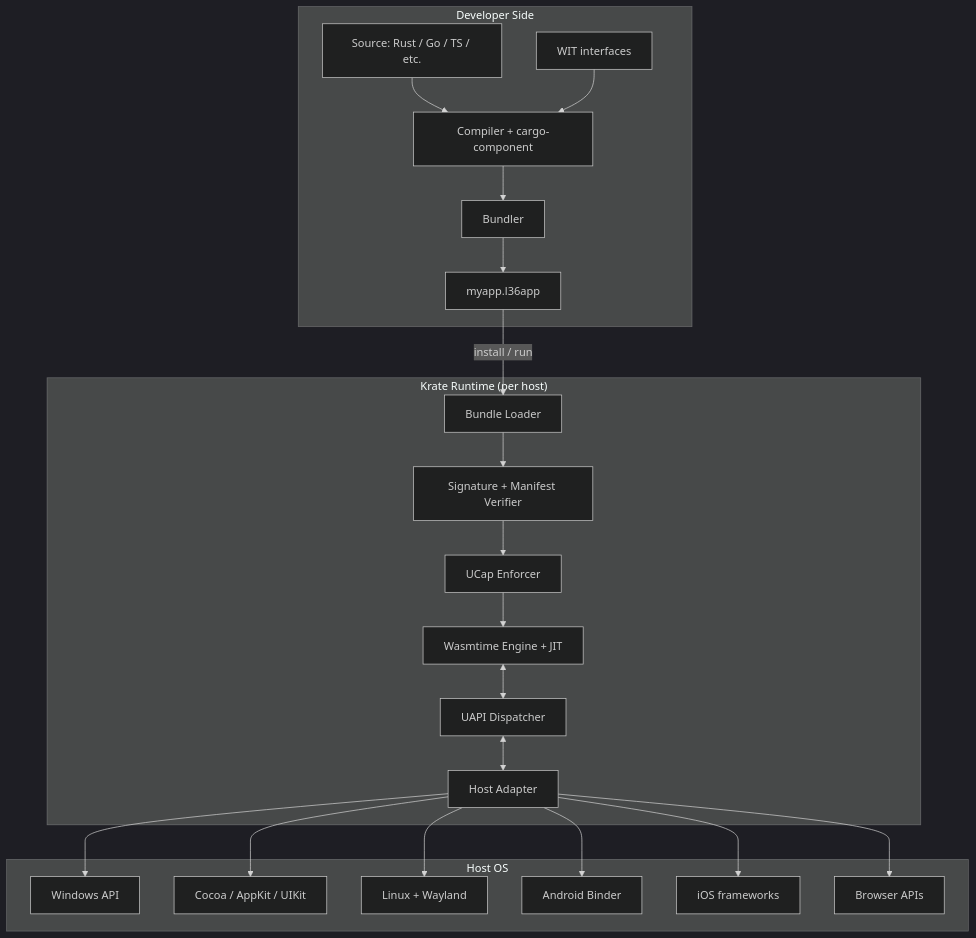
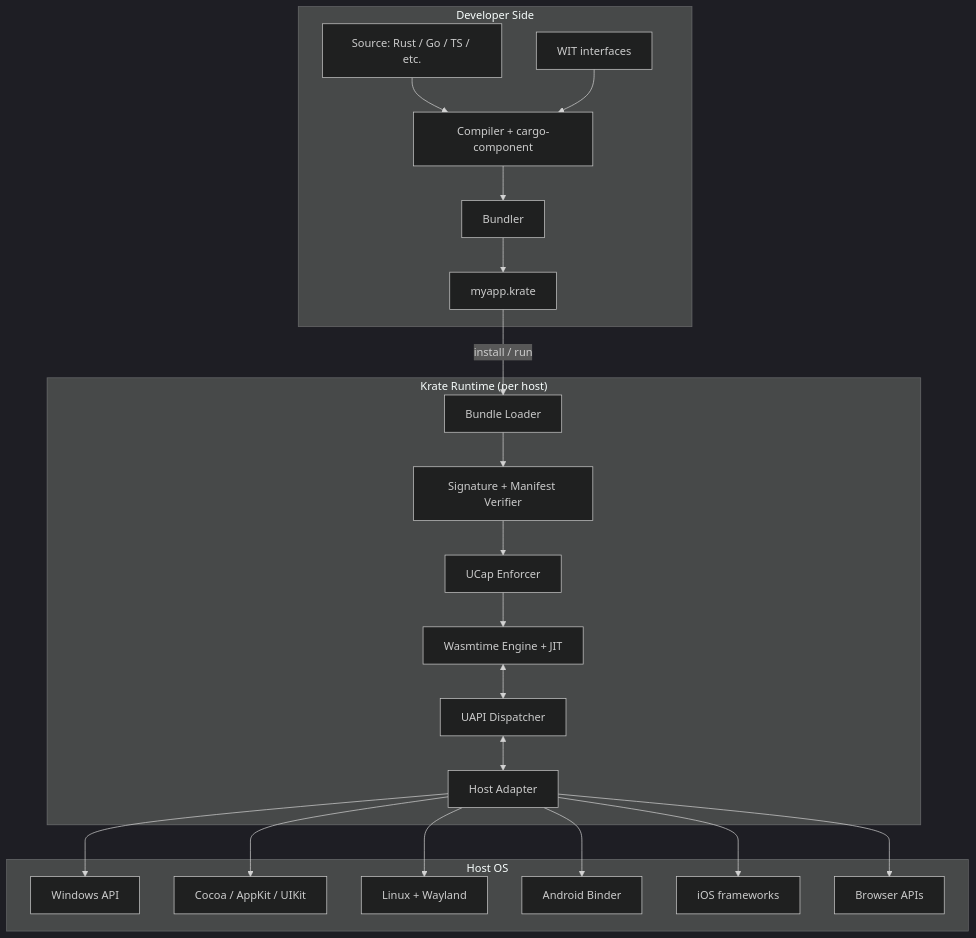
One commit to incyashraj/krate changed the second of 10 diagrams in Plan/Build-Plan.md. Above: the diagram before and after it, drawn with Mermaid (dark theme). The commit also changed other lines of this file and 13 other files, not shown here.

First line of the commit message:
docs: sweep .l36app to .krate and record the completed rename

````diff
--- a/Plan/Build-Plan.md
+++ b/Plan/Build-Plan.md
@@ -244,42 +244,42 @@
 ```mermaid
 flowchart TB
     subgraph Dev["Developer Side"]
         SRC[Source: Rust / Go / TS / etc.]
         COMP[Compiler + cargo-component]
         WIT[WIT interfaces]
         BUNDLE[Bundler]
         SRC --> COMP
         WIT --> COMP
         COMP --> BUNDLE
-        BUNDLE --> APP[myapp.l36app]
+        BUNDLE --> APP[myapp.krate]
     end
 
     subgraph Runtime["Krate Runtime (per host)"]
         LOADER[Bundle Loader]
         VERIFY[Signature + Manifest Verifier]
         PERM[UCap Enforcer]
         ENGINE[Wasmtime Engine + JIT]
         UAPI_DISP[UAPI Dispatcher]
         ADAPTER[Host Adapter]
         LOADER --> VERIFY --> PERM --> ENGINE
         ENGINE <--> UAPI_DISP
         UAPI_DISP <--> ADAPTER
     end
 
     subgraph Host["Host OS"]
         WIN[Windows API]
         MAC[Cocoa / AppKit / UIKit]
         LIN[Linux + Wayland]
         AND[Android Binder]
         IOS[iOS frameworks]
         WEB[Browser APIs]
     end
 
     APP -->|install / run| LOADER
     ADAPTER --> WIN
     ADAPTER --> MAC
     ADAPTER --> LIN
     ADAPTER --> AND
     ADAPTER --> IOS
     ADAPTER --> WEB
 ```
````
